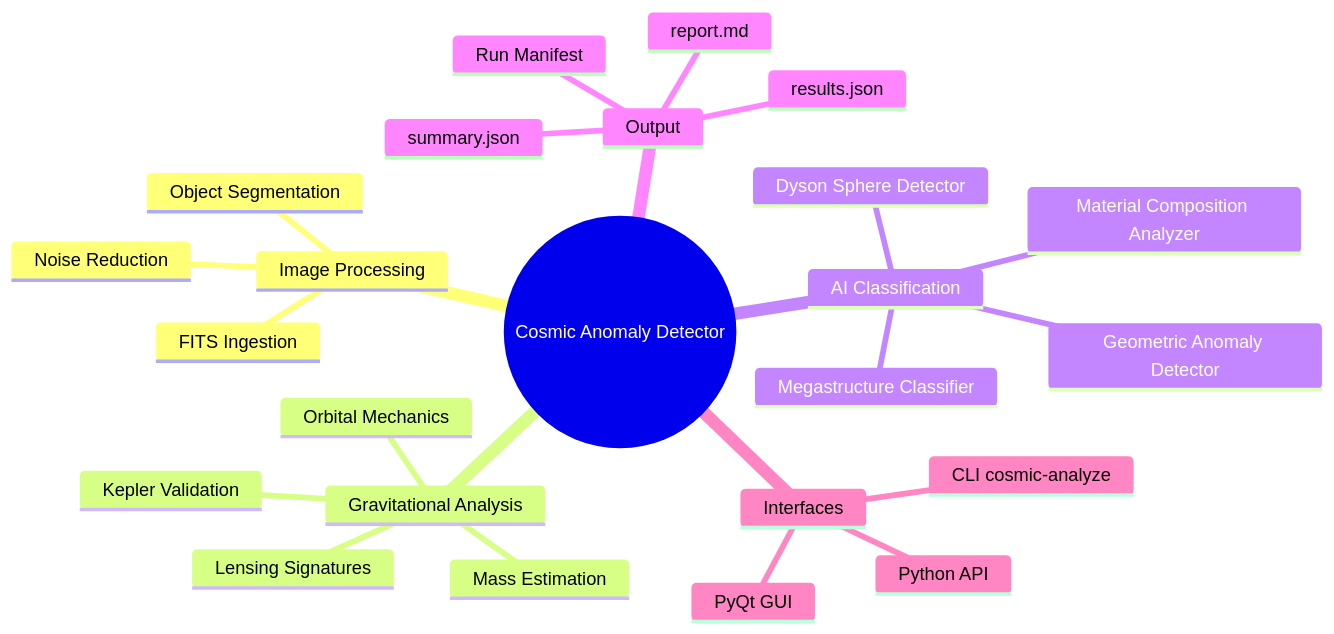
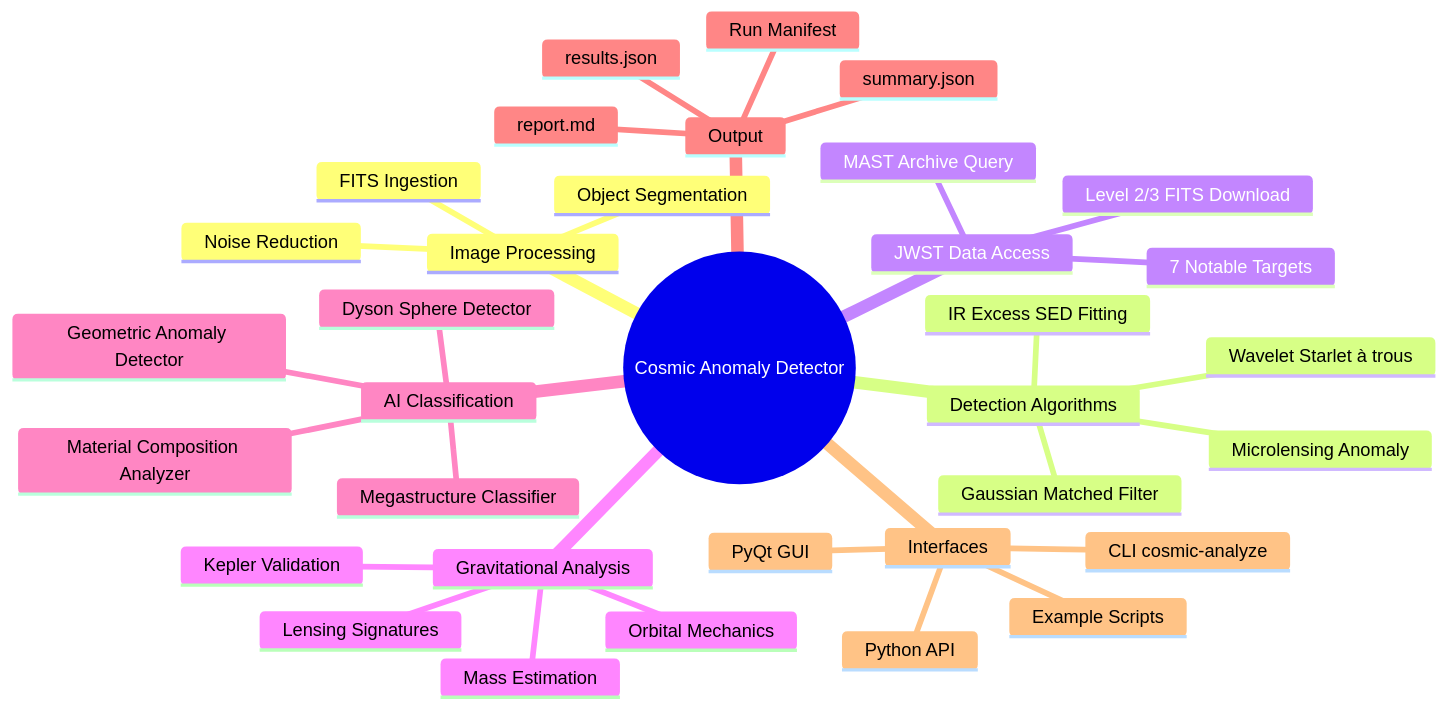
One commit to hkevin01/cosmic-anomaly-detector changed the fifth of 5 diagrams in README.md. Above: the diagram before and after it, drawn with Mermaid. The commit also changed other lines of this file and 2 other files, not shown here.

Commit message:
feat: Implement new detection algorithms and integrate into anomaly detection pipeline; add comprehensive tests for algorithm functionality

````diff
--- a/README.md
+++ b/README.md
@@ -425,27 +567,37 @@
 ```mermaid
 mindmap
   root((Cosmic Anomaly Detector))
     Image Processing
       FITS Ingestion
       Noise Reduction
       Object Segmentation
+    Detection Algorithms
+      Wavelet Starlet à trous
+      Gaussian Matched Filter
+      IR Excess SED Fitting
+      Microlensing Anomaly
+    JWST Data Access
+      MAST Archive Query
+      Level 2/3 FITS Download
+      7 Notable Targets
     Gravitational Analysis
       Kepler Validation
       Orbital Mechanics
       Lensing Signatures
       Mass Estimation
     AI Classification
       Dyson Sphere Detector
       Megastructure Classifier
       Geometric Anomaly Detector
       Material Composition Analyzer
     Output
       results.json
       report.md
       summary.json
       Run Manifest
     Interfaces
       CLI cosmic-analyze
       Python API
       PyQt GUI
+      Example Scripts
 ```
````
